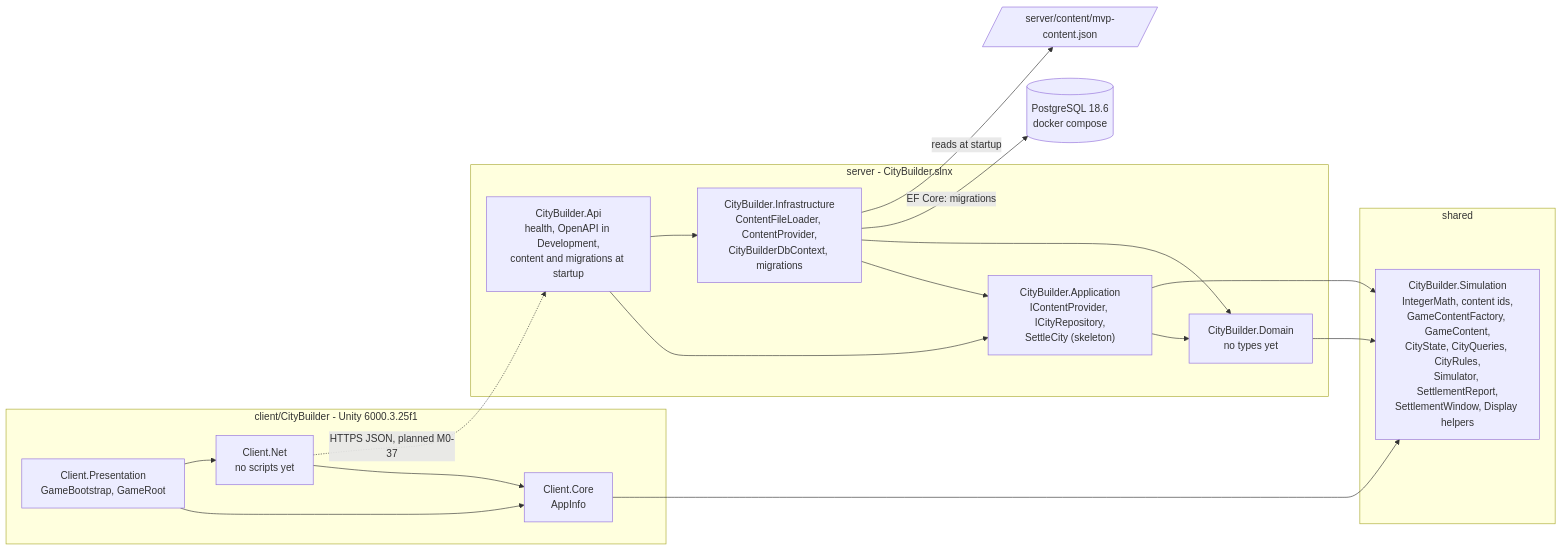
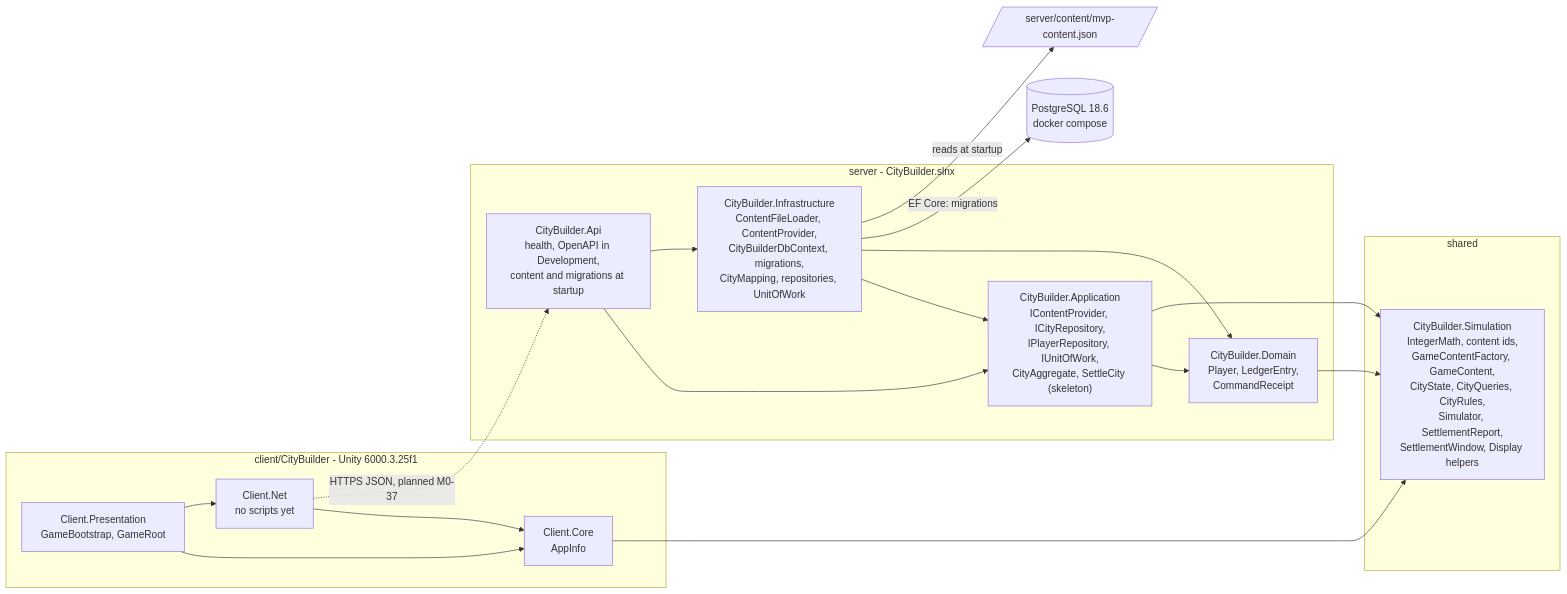
One commit to Samurai-netizen/citybuild changed the diagram in docs/architecture/overview.md. Above: the diagram before and after it, drawn with Mermaid. The commit also changed other lines of this file and 39 other files, not shown here.

First line of the commit message:
feat(M0-20): repository and mapping (#32)

````diff
--- a/docs/architecture/overview.md
+++ b/docs/architecture/overview.md
@@ -18,34 +19,34 @@
 ```mermaid
 flowchart LR
   subgraph clientside["client/CityBuilder - Unity 6000.3.25f1"]
     PRES["Client.Presentation<br/>GameBootstrap, GameRoot"]
     NET["Client.Net<br/>no scripts yet"]
     CORE["Client.Core<br/>AppInfo"]
   end
   subgraph sharedside["shared"]
     SIM["CityBuilder.Simulation<br/>IntegerMath, content ids,<br/>GameContentFactory, GameContent,<br/>CityState, CityQueries, CityRules,<br/>Simulator, SettlementReport,<br/>SettlementWindow, Display helpers"]
   end
   subgraph serverside["server - CityBuilder.slnx"]
     API["CityBuilder.Api<br/>health, OpenAPI in Development,<br/>content and migrations at startup"]
-    INF["CityBuilder.Infrastructure<br/>ContentFileLoader, ContentProvider,<br/>CityBuilderDbContext, migrations"]
-    APP["CityBuilder.Application<br/>IContentProvider, ICityRepository,<br/>SettleCity (skeleton)"]
-    DOM["CityBuilder.Domain<br/>no types yet"]
+    INF["CityBuilder.Infrastructure<br/>ContentFileLoader, ContentProvider,<br/>CityBuilderDbContext, migrations,<br/>CityMapping, repositories, UnitOfWork"]
+    APP["CityBuilder.Application<br/>IContentProvider, ICityRepository,<br/>IPlayerRepository, IUnitOfWork,<br/>CityAggregate, SettleCity (skeleton)"]
+    DOM["CityBuilder.Domain<br/>Player, LedgerEntry,<br/>CommandReceipt"]
   end
   DB[("PostgreSQL 18.6<br/>docker compose")]
   FILE[/"server/content/mvp-content.json"/]
   PRES --> CORE
   PRES --> NET
   NET --> CORE
   CORE --> SIM
   API --> APP
   API --> INF
   INF --> APP
   INF --> DOM
   APP --> DOM
   APP --> SIM
   DOM --> SIM
   NET -.->|"HTTPS JSON, planned M0-37"| API
   INF -->|"EF Core: migrations"| DB
   INF -->|"reads at startup"| FILE
   classDef planned stroke-dasharray: 4 4
 ```
````
